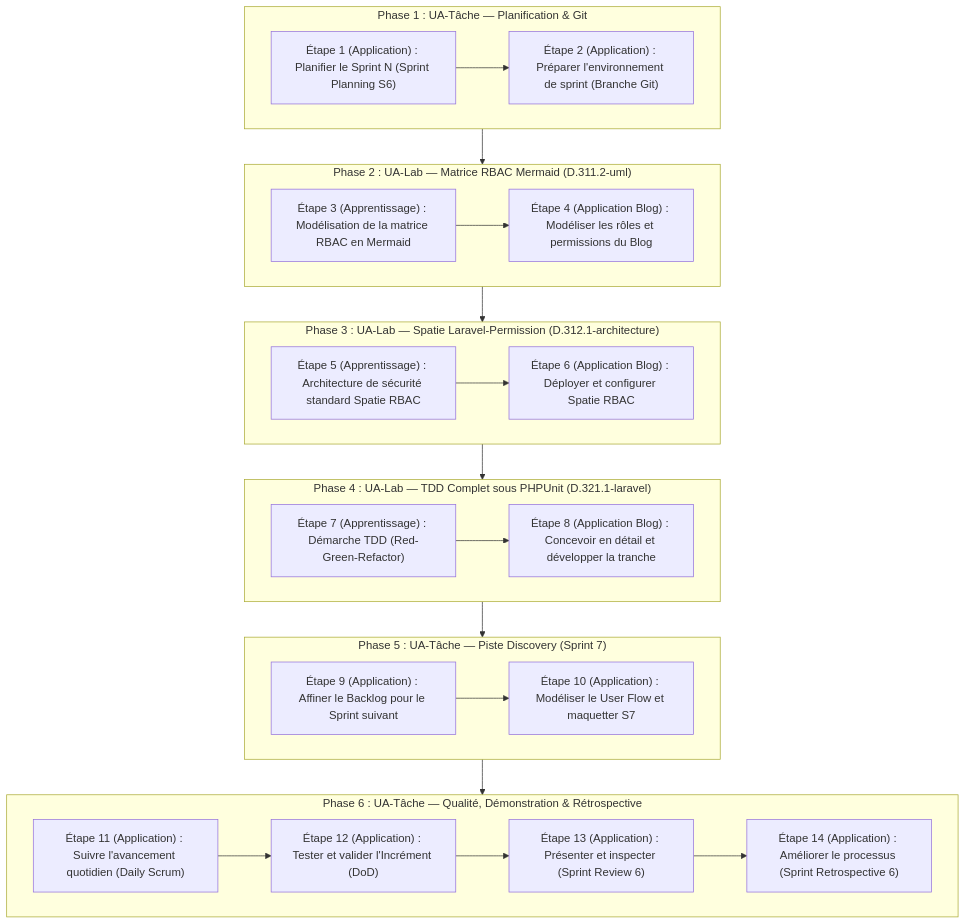
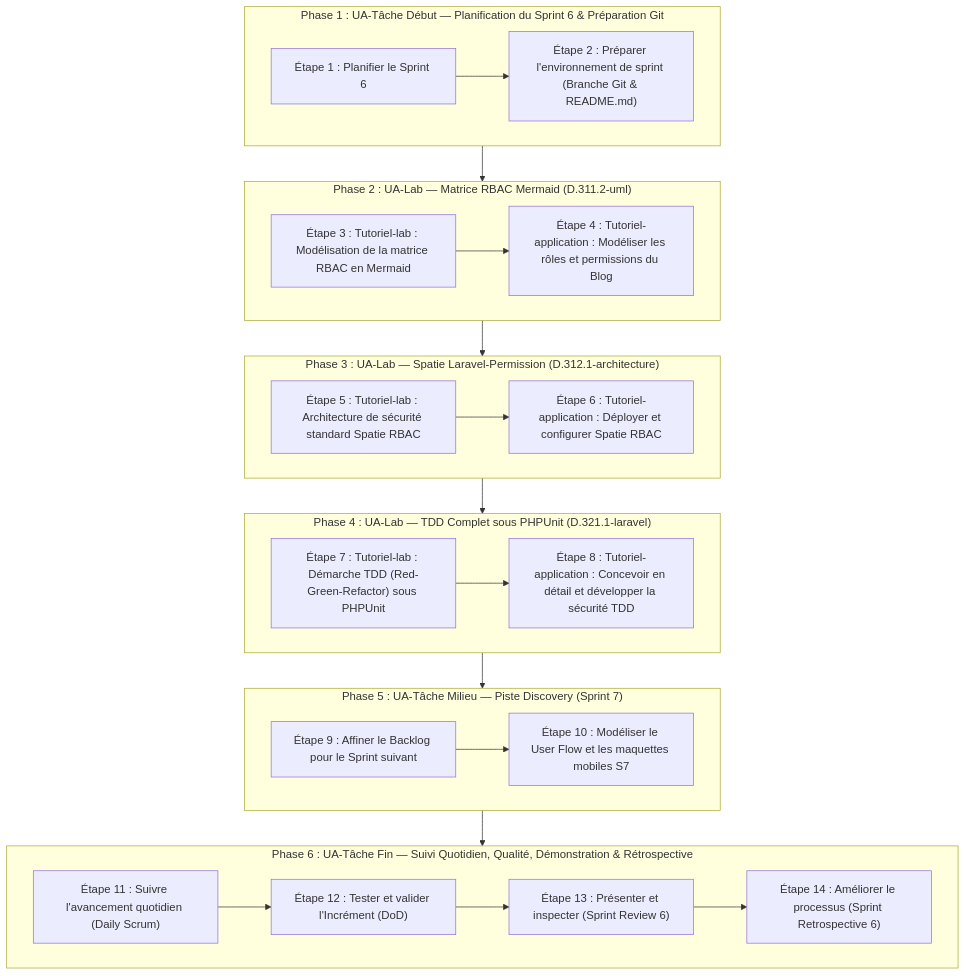
The diagram in flux-travail/sessions/flux-travail-s6.md (labs-web/projet-imiation-n3), drawn with Mermaid before and after one commit. The commit also changed other lines of this file and 9 other files, not shown here.

````diff
--- a/flux-travail/sessions/flux-travail-s6.md
+++ b/flux-travail/sessions/flux-travail-s6.md
@@ -56,42 +56,42 @@
 ```mermaid
 flowchart TD
-    subgraph P1 ["Phase 1 : UA-Tâche — Planification & Git"]
-        E1["Étape 1 (Application) : Planifier le Sprint N (Sprint Planning S6)"]
-        E2["Étape 2 (Application) : Préparer l'environnement de sprint (Branche Git)"]
+    subgraph P1 ["Phase 1 : UA-Tâche Début — Planification du Sprint 6 & Préparation Git"]
+        E1["Étape 1 : Planifier le Sprint 6"]
+        E2["Étape 2 : Préparer l'environnement de sprint (Branche Git & README.md)"]
         E1 --> E2
     end
 
     subgraph P2 ["Phase 2 : UA-Lab — Matrice RBAC Mermaid (D.311.2-uml)"]
-        E3["Étape 3 (Apprentissage) : Modélisation de la matrice RBAC en Mermaid"]
-        E4["Étape 4 (Application Blog) : Modéliser les rôles et permissions du Blog"]
+        E3["Étape 3 : Tutoriel-lab : Modélisation de la matrice RBAC en Mermaid"]
+        E4["Étape 4 : Tutoriel-application : Modéliser les rôles et permissions du Blog"]
         E3 --> E4
     end
 
     subgraph P3 ["Phase 3 : UA-Lab — Spatie Laravel-Permission (D.312.1-architecture)"]
-        E5["Étape 5 (Apprentissage) : Architecture de sécurité standard Spatie RBAC"]
-        E6["Étape 6 (Application Blog) : Déployer et configurer Spatie RBAC"]
+        E5["Étape 5 : Tutoriel-lab : Architecture de sécurité standard Spatie RBAC"]
+        E6["Étape 6 : Tutoriel-application : Déployer et configurer Spatie RBAC"]
         E5 --> E6
     end
 
     subgraph P4 ["Phase 4 : UA-Lab — TDD Complet sous PHPUnit (D.321.1-laravel)"]
-        E7["Étape 7 (Apprentissage) : Démarche TDD (Red-Green-Refactor)"]
-        E8["Étape 8 (Application Blog) : Concevoir en détail et développer la tranche"]
+        E7["Étape 7 : Tutoriel-lab : Démarche TDD (Red-Green-Refactor) sous PHPUnit"]
+        E8["Étape 8 : Tutoriel-application : Concevoir en détail et développer la sécurité TDD"]
         E7 --> E8
     end
 
-    subgraph P5 ["Phase 5 : UA-Tâche — Piste Discovery (Sprint 7)"]
-        E9["Étape 9 (Application) : Affiner le Backlog pour le Sprint suivant"]
-        E10["Étape 10 (Application) : Modéliser le User Flow et maquetter S7"]
+    subgraph P5 ["Phase 5 : UA-Tâche Milieu — Piste Discovery (Sprint 7)"]
+        E9["Étape 9 : Affiner le Backlog pour le Sprint suivant"]
+        E10["Étape 10 : Modéliser le User Flow et les maquettes mobiles S7"]
         E9 --> E10
     end
 
-    subgraph P6 ["Phase 6 : UA-Tâche — Qualité, Démonstration & Rétrospective"]
-        E11["Étape 11 (Application) : Suivre l'avancement quotidien (Daily Scrum)"]
-        E12["Étape 12 (Application) : Tester et valider l'Incrément (DoD)"]
-        E13["Étape 13 (Application) : Présenter et inspecter (Sprint Review 6)"]
-        E14["Étape 14 (Application) : Améliorer le processus (Sprint Retrospective 6)"]
+    subgraph P6 ["Phase 6 : UA-Tâche Fin — Suivi Quotidien, Qualité, Démonstration & Rétrospective"]
+        E11["Étape 11 : Suivre l'avancement quotidien (Daily Scrum)"]
+        E12["Étape 12 : Tester et valider l'Incrément (DoD)"]
+        E13["Étape 13 : Présenter et inspecter (Sprint Review 6)"]
+        E14["Étape 14 : Améliorer le processus (Sprint Retrospective 6)"]
         E11 --> E12 --> E13 --> E14
     end
 
     P1 --> P2 --> P3 --> P4 --> P5 --> P6
 ```
````
